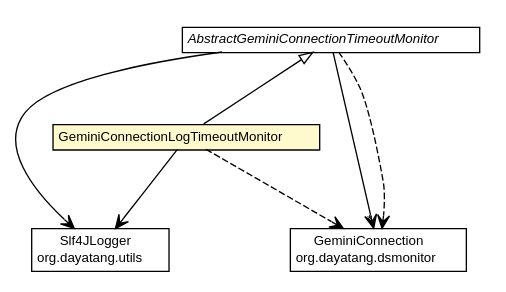
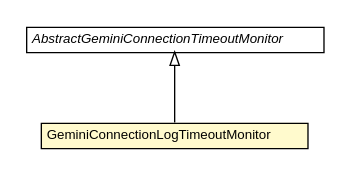
Before and after one commit to dayatang/dddlib: the diagram in apidocs/org/dayatang/dsmonitor/monitor/GeminiConnectionLogTimeoutMonitor.dot, drawn with Graphviz. The commit also changed 3371 other files, not shown here.

```diff
--- a/apidocs/org/dayatang/dsmonitor/monitor/GeminiConnectionLogTimeoutMonitor.dot
+++ b/apidocs/org/dayatang/dsmonitor/monitor/GeminiConnectionLogTimeoutMonitor.dot
@@ -1,50 +1,26 @@
 #!/usr/local/bin/dot
 #
 # Class diagram 
 # Generated by UMLGraph version R5_6_6-8-g8d7759 (http://www.umlgraph.org/)
 #
 
 digraph G {
 	edge [fontname="Helvetica",fontsize=10,labelfontname="Helvetica",labelfontsize=10];
 	node [fontname="Helvetica",fontsize=10,shape=plaintext];
 	nodesep=0.25;
 	ranksep=0.5;
-	// org.dayatang.utils.Slf4JLogger
-	c51401 [label=<<table title="org.dayatang.utils.Slf4JLogger" border="0" cellborder="1" cellspacing="0" cellpadding="2" port="p" href="../../utils/Slf4JLogger.html">
-		<tr><td><table border="0" cellspacing="0" cellpadding="1">
-<tr><td align="center" balign="center"> Slf4JLogger </td></tr>
-<tr><td align="center" balign="center"> org.dayatang.utils </td></tr>
-		</table></td></tr>
-		</table>>, URL="../../utils/Slf4JLogger.html", fontname="Helvetica", fontcolor="black", fontsize=10.0];
-	// org.dayatang.dsmonitor.GeminiConnection
-	c51639 [label=<<table title="org.dayatang.dsmonitor.GeminiConnection" border="0" cellborder="1" cellspacing="0" cellpadding="2" port="p" href="../GeminiConnection.html">
-		<tr><td><table border="0" cellspacing="0" cellpadding="1">
-<tr><td align="center" balign="center"> GeminiConnection </td></tr>
-<tr><td align="center" balign="center"> org.dayatang.dsmonitor </td></tr>
-		</table></td></tr>
-		</table>>, URL="../GeminiConnection.html", fontname="Helvetica", fontcolor="black", fontsize=10.0];
 	// org.dayatang.dsmonitor.monitor.GeminiConnectionLogTimeoutMonitor
-	c51643 [label=<<table title="org.dayatang.dsmonitor.monitor.GeminiConnectionLogTimeoutMonitor" border="0" cellborder="1" cellspacing="0" cellpadding="2" port="p" bgcolor="lemonChiffon" href="./GeminiConnectionLogTimeoutMonitor.html">
+	c51430 [label=<<table title="org.dayatang.dsmonitor.monitor.GeminiConnectionLogTimeoutMonitor" border="0" cellborder="1" cellspacing="0" cellpadding="2" port="p" bgcolor="lemonChiffon" href="./GeminiConnectionLogTimeoutMonitor.html">
 		<tr><td><table border="0" cellspacing="0" cellpadding="1">
 <tr><td align="center" balign="center"> GeminiConnectionLogTimeoutMonitor </td></tr>
 		</table></td></tr>
 		</table>>, URL="./GeminiConnectionLogTimeoutMonitor.html", fontname="Helvetica", fontcolor="black", fontsize=10.0];
 	// org.dayatang.dsmonitor.monitor.AbstractGeminiConnectionTimeoutMonitor
-	c51644 [label=<<table title="org.dayatang.dsmonitor.monitor.AbstractGeminiConnectionTimeoutMonitor" border="0" cellborder="1" cellspacing="0" cellpadding="2" port="p" href="./AbstractGeminiConnectionTimeoutMonitor.html">
+	c51431 [label=<<table title="org.dayatang.dsmonitor.monitor.AbstractGeminiConnectionTimeoutMonitor" border="0" cellborder="1" cellspacing="0" cellpadding="2" port="p" href="./AbstractGeminiConnectionTimeoutMonitor.html">
 		<tr><td><table border="0" cellspacing="0" cellpadding="1">
 <tr><td align="center" balign="center"><font face="Helvetica-Oblique"> AbstractGeminiConnectionTimeoutMonitor </font></td></tr>
 		</table></td></tr>
 		</table>>, URL="./AbstractGeminiConnectionTimeoutMonitor.html", fontname="Helvetica", fontcolor="black", fontsize=10.0];
 	//org.dayatang.dsmonitor.monitor.GeminiConnectionLogTimeoutMonitor extends org.dayatang.dsmonitor.monitor.AbstractGeminiConnectionTimeoutMonitor
-	c51644:p -> c51643:p [dir=back,arrowtail=empty];
-	// org.dayatang.dsmonitor.monitor.GeminiConnectionLogTimeoutMonitor NAVASSOC org.dayatang.utils.Slf4JLogger
-	c51643:p -> c51401:p [taillabel="", label=" "headlabel="", fontname="Helvetica", fontcolor="black", fontsize=10.0, color="black", arrowhead=open];
-	// org.dayatang.dsmonitor.monitor.AbstractGeminiConnectionTimeoutMonitor NAVASSOC org.dayatang.utils.Slf4JLogger
-	c51644:p -> c51401:p [taillabel="", label=" "headlabel="", fontname="Helvetica", fontcolor="black", fontsize=10.0, color="black", arrowhead=open];
-	// org.dayatang.dsmonitor.monitor.AbstractGeminiConnectionTimeoutMonitor NAVASSOC org.dayatang.dsmonitor.GeminiConnection
-	c51644:p -> c51639:p [taillabel="", label=" "headlabel="*", fontname="Helvetica", fontcolor="black", fontsize=10.0, color="black", arrowhead=open];
-	// org.dayatang.dsmonitor.monitor.GeminiConnectionLogTimeoutMonitor DEPEND org.dayatang.dsmonitor.GeminiConnection
-	c51643:p -> c51639:p [taillabel="", label=" "headlabel="", fontname="Helvetica", fontcolor="black", fontsize=10.0, color="black", arrowhead=open, style=dashed];
-	// org.dayatang.dsmonitor.monitor.AbstractGeminiConnectionTimeoutMonitor DEPEND org.dayatang.dsmonitor.GeminiConnection
-	c51644:p -> c51639:p [taillabel="", label=" "headlabel="", fontname="Helvetica", fontcolor="black", fontsize=10.0, color="black", arrowhead=open, style=dashed];
+	c51431:p -> c51430:p [dir=back,arrowtail=empty];
 }
```
